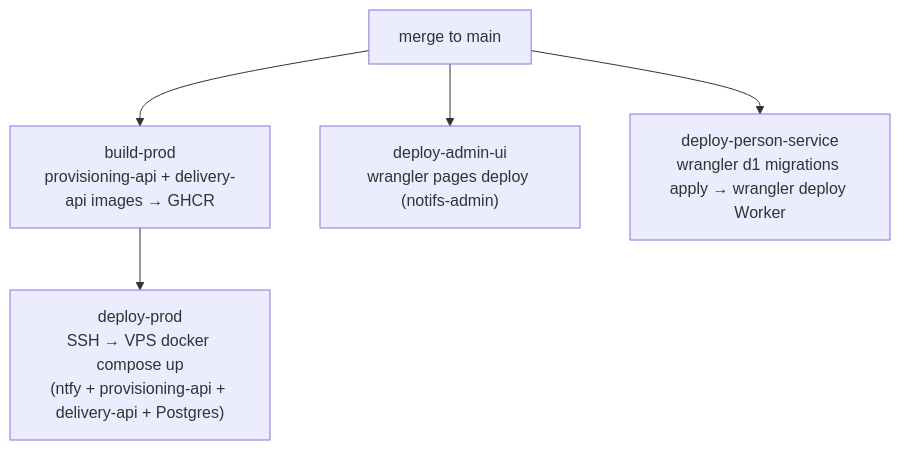
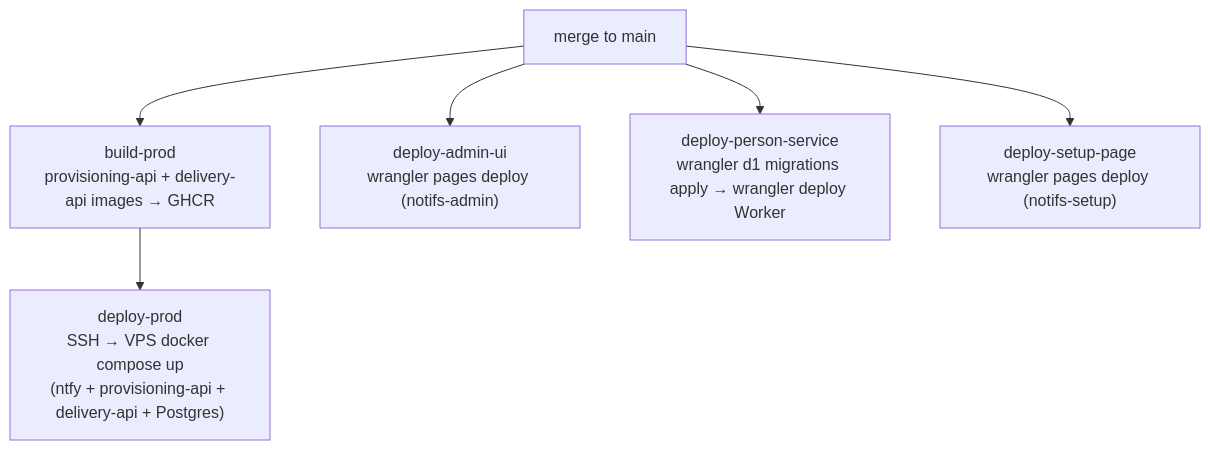
Before and after one commit to 4IRL/4irl-notifs: the fourth of 4 diagrams in ARCHITECTURE.md, drawn with Mermaid. The commit also changed other lines of this file and 14 other files, not shown here.

First line of the commit message:
[setup-web] Add e2e, headers/CSP, CI and Cloudflare Pages deploy wiring, and docs (split 4/4) (#68)

````diff
--- a/ARCHITECTURE.md
+++ b/ARCHITECTURE.md
@@ -413,7 +453,8 @@
 ```mermaid
 graph TD
   M["merge to main"] --> B["build-prod<br/>provisioning-api + delivery-api images → GHCR"]
   B --> D1J["deploy-prod<br/>SSH → VPS docker compose up<br/>(ntfy + provisioning-api + delivery-api + Postgres)"]
   M --> D2["deploy-admin-ui<br/>wrangler pages deploy (notifs-admin)"]
   M --> D3["deploy-person-service<br/>wrangler d1 migrations apply → wrangler deploy Worker"]
+  M --> D4["deploy-setup-page<br/>wrangler pages deploy (notifs-setup)"]
 ```
````
